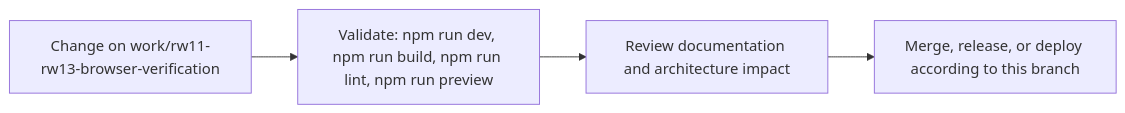
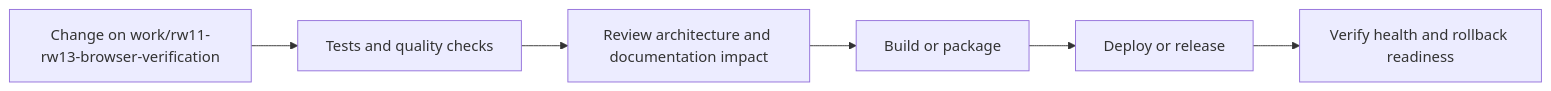
Before and after one commit to Nischhalsubba/Reeja-Maharjan-Website-2026: the fourth of 5 diagrams in README.md, drawn with Mermaid. The commit also changed other lines of this file, not shown here.

````diff
--- a/README.md
+++ b/README.md
@@ -81,8 +162,8 @@
 ```mermaid
 flowchart LR
-    CHANGE["Change on work/rw11-rw13-browser-verification"]
-    CHECK["Validate: npm run dev, npm run build, npm run lint, npm run preview"]
-    REVIEW["Review documentation and architecture impact"]
-    RELEASE["Merge, release, or deploy according to this branch"]
-    CHANGE --> CHECK --> REVIEW --> RELEASE
+    CHANGE["Change on work/rw11-rw13-browser-verification"] --> CHECK["Tests and quality checks"]
+    CHECK --> REVIEW["Review architecture and documentation impact"]
+    REVIEW --> BUILD["Build or package"]
+    BUILD --> DEPLOY["Deploy or release"]
+    DEPLOY --> VERIFY["Verify health and rollback readiness"]
 ```
````
